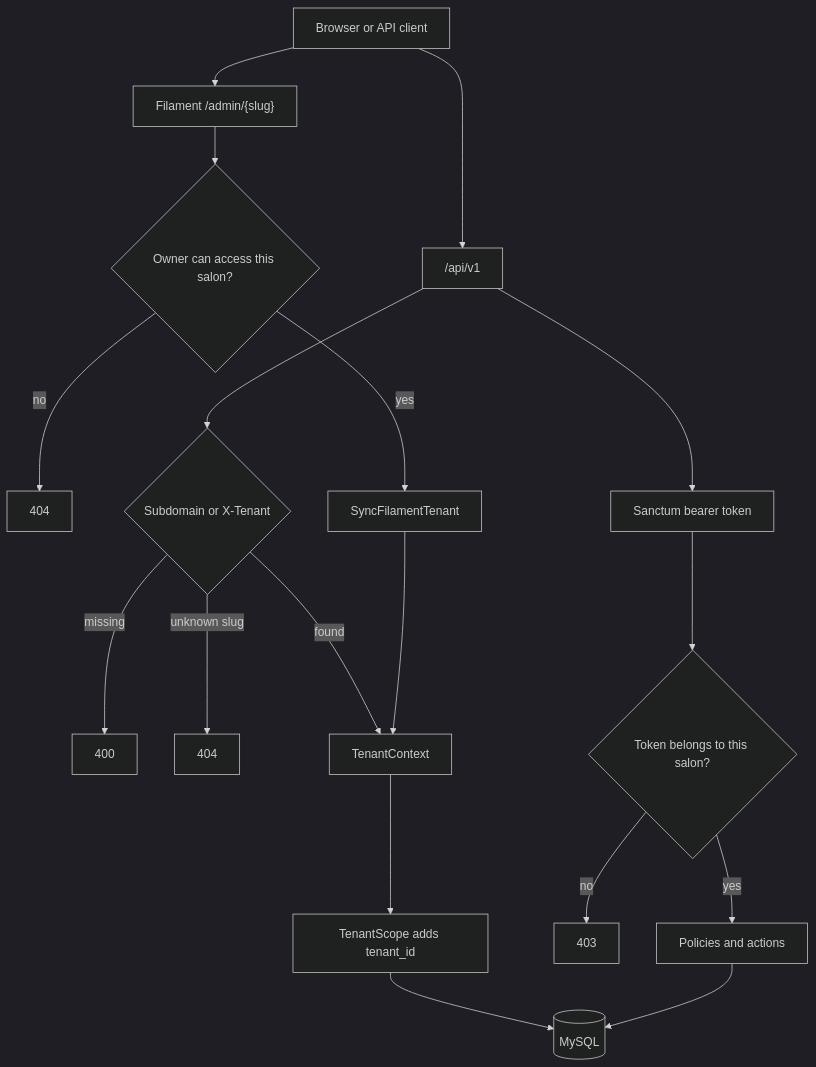
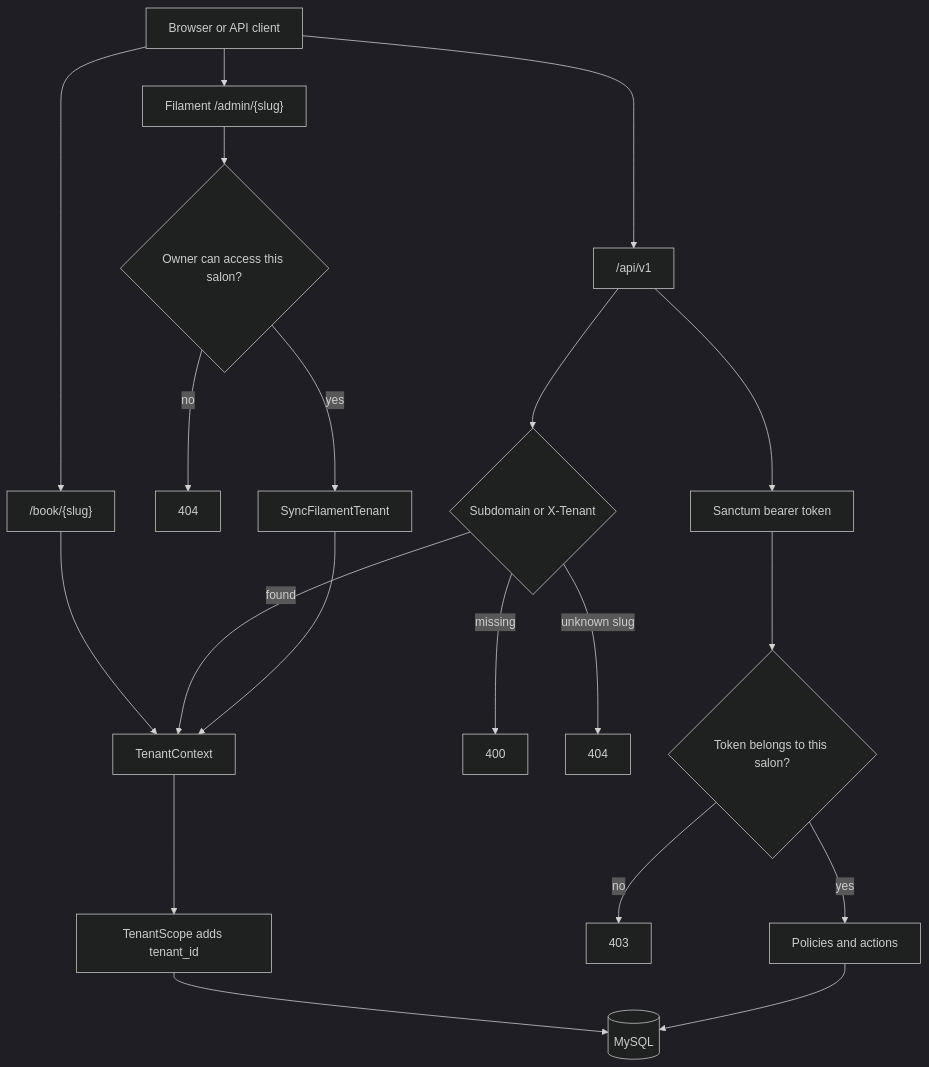
Before and after one commit to z18666607076-tech/salondesk: the diagram in README.md, drawn with Mermaid (dark theme). The commit also changed other lines of this file and 41 other files, not shown here.

````diff
--- a/README.md
+++ b/README.md
@@ -31,21 +33,23 @@
 ```mermaid
 flowchart TD
     client[Browser or API client]
+    client --> book["/book/{slug}"]
     client --> filament["Filament /admin/{slug}"]
     client --> api["/api/v1"]
+    book --> ctx[TenantContext]
     filament --> access{Owner can access this salon?}
     access -->|no| missing[404]
     access -->|yes| sync[SyncFilamentTenant]
     api --> identify{Subdomain or X-Tenant}
     identify -->|missing| bad[400]
     identify -->|unknown slug| notfound[404]
     identify -->|found| ctx[TenantContext]
     sync --> ctx
     ctx --> scope[TenantScope adds tenant_id]
     api --> token[Sanctum bearer token]
     token --> member{Token belongs to this salon?}
     member -->|no| forbidden[403]
     member -->|yes| handlers[Policies and actions]
     scope --> mysql[(MySQL)]
     handlers --> mysql
 ```
````
